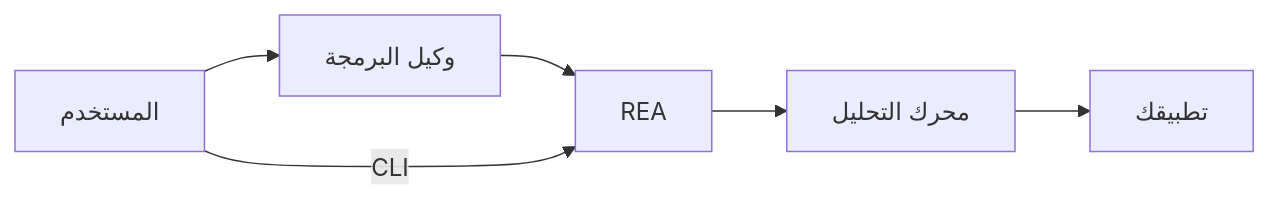
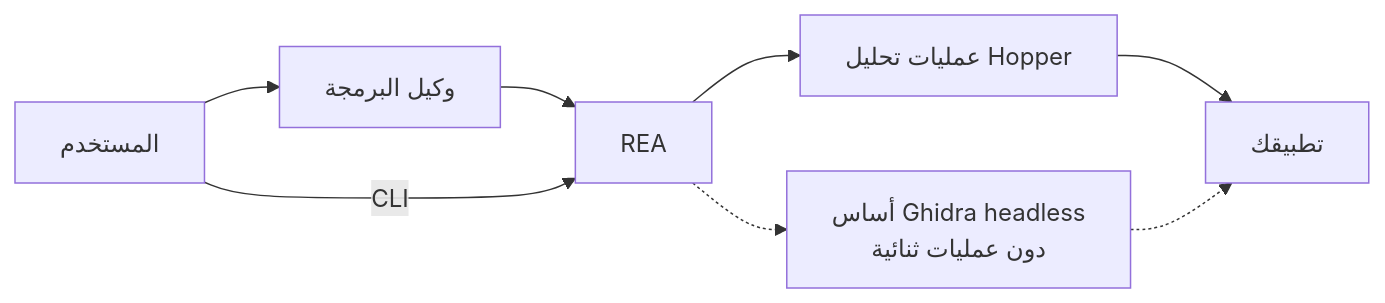
One commit to bryankwandou/rea changed the diagram in README_ar.md. Above: the diagram before and after it, drawn with Mermaid. The commit also changed other lines of this file and 233 other files, not shown here.

Commit message:
feat(ghidra): add private headless provider session

````diff
--- a/README_ar.md
+++ b/README_ar.md
@@ -187,8 +189,10 @@
 ```mermaid
 flowchart LR
     Human[المستخدم] --> Agent[وكيل البرمجة]
     Agent --> REA[REA]
     Human -->|CLI| REA
-    REA --> Hopper[محرك التحليل]
+    REA --> Hopper[عمليات تحليل Hopper]
     Hopper --> App[تطبيقك]
+    REA -.-> Ghidra[أساس Ghidra headless<br/>دون عمليات ثنائية]
+    Ghidra -.-> App
 ```
````
